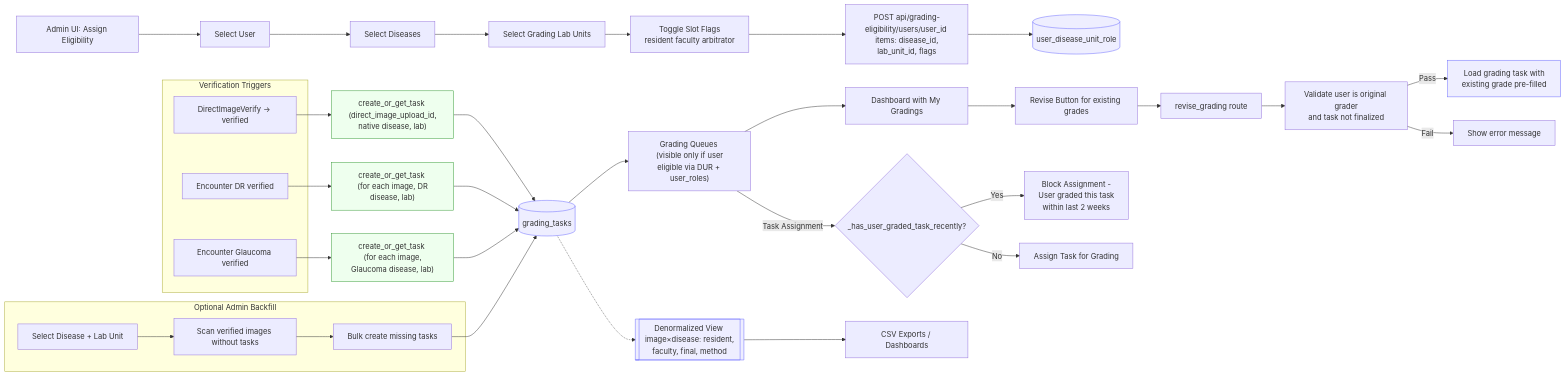
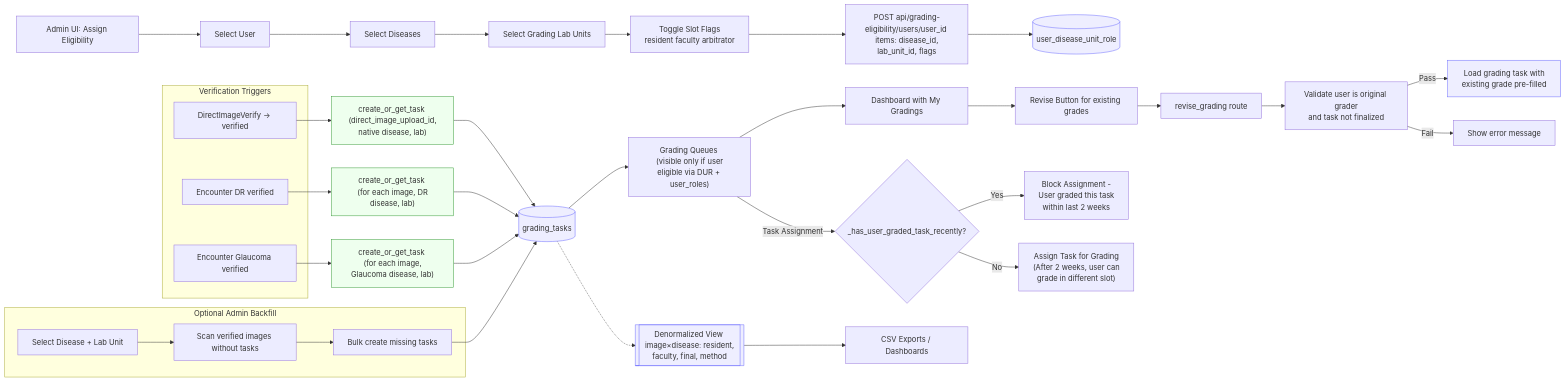
One commit to drguptavivek/fundus_img_xtract changed the second of 2 diagrams in TODO/dual_grading/001-overview.md. Above: the diagram before and after it, drawn with Mermaid. The commit also changed other lines of this file and 1 other file, not shown here.

````diff
--- a/TODO/dual_grading/001-overview.md
+++ b/TODO/dual_grading/001-overview.md
@@ -135,54 +136,54 @@
 ```mermaid
 flowchart LR
     A["Admin UI: Assign Eligibility"] --> F1["Select User"]
     F1 --> F2["Select Diseases"]
     F2 --> F3["Select Grading Lab Units"]
     F3 --> F4["Toggle Slot Flags <br/> resident faculty arbitrator"]
     F4 --> API["POST api/grading-eligibility/users/user_id <br/> items: disease_id, lab_unit_id, flags"]
     API --> DUR[(user_disease_unit_role)]
 
     subgraph Verification Triggers
       V1[DirectImageVerify → verified]
       V2[Encounter DR verified]
       V3[Encounter Glaucoma verified]
     end
 
     V1 --> SVC1["create_or_get_task <br/> (direct_image_upload_id, native disease, lab)"]
     V2 --> SVC2["create_or_get_task <br/> (for each image, DR disease, lab)"]
     V3 --> SVC3["create_or_get_task <br/> (for each image, Glaucoma disease, lab)"]
 
     SVC1 --> GT[(grading_tasks)]
     SVC2 --> GT
     SVC3 --> GT
 
     subgraph Optional Admin Backfill
       B1["Select Disease + Lab Unit"]
       B2["Scan verified images without tasks"]
       B3["Bulk create missing tasks"]
     end
     B1 --> B2 --> B3 --> GT
 
     GT --> Q["Grading Queues <br/> (visible only if user eligible via DUR + user_roles)"]
 
     %% Dashboard and Revision
     Q --> DASH["Dashboard with My Gradings"]
     DASH --> REV["Revise Button for existing grades"]
     REV --> REVFUNC["revise_grading route"]
     REVFUNC --> REVCHECK["Validate user is original grader<br/>and task not finalized"]
     REVCHECK -->|Pass| REVFLOW["Load grading task with<br/>existing grade pre-filled"]
     REVCHECK -->|Fail| ERROR["Show error message"]
 
-    %% 2-Week Cooldown Logic
-    Q -->|Task Assignment| TWCL{_has_user_graded_task_recently?}
-    TWCL -->|Yes| BLOCK["Block Assignment - <br/>User graded this task<br/>within last 2 weeks"]
-    TWCL -->|No| ASSIGN["Assign Task for Grading"]
+    %% 2-Week Restriction Logic
+    Q -->|Task Assignment| TWOR{_has_user_graded_task_recently?}
+    TWOR -->|Yes| BLOCK["Block Assignment - <br/>User graded this task<br/>within last 2 weeks"]
+    TWOR -->|No| ASSIGN["Assign Task for Grading<br/>(After 2 weeks, user can<br/>grade in different slot)"]
 
     %% Reporting/Exports
     GT -.-> VIEW[["Denormalized View <br/> image×disease: resident, faculty, final, method"]]
     VIEW --> CSV["CSV Exports / Dashboards"]
 
     classDef db fill:#eef,stroke:#66f,stroke-width:1px
     classDef svc fill:#efe,stroke:#393,stroke-width:1px
     class DUR,GT,VIEW,REVFLOW db
     class SVC1,SVC2,SVC3 svc
 ```
````
